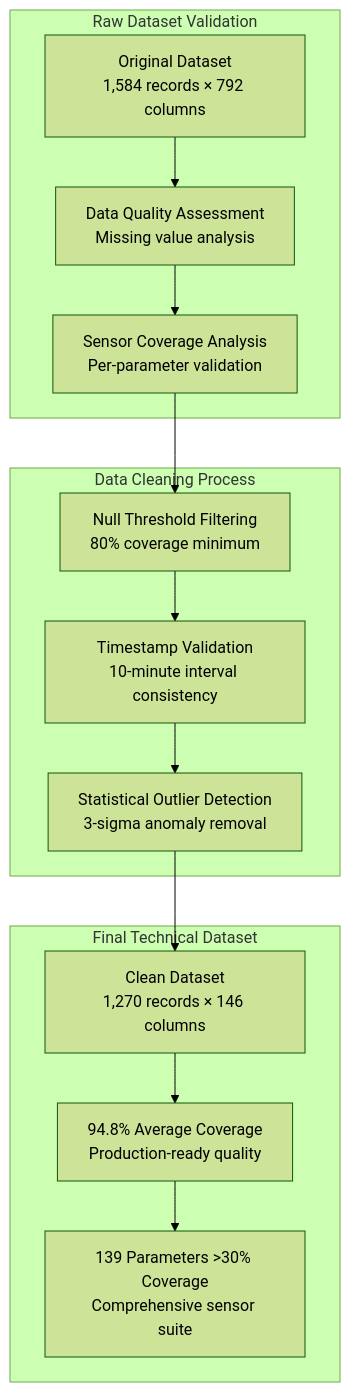
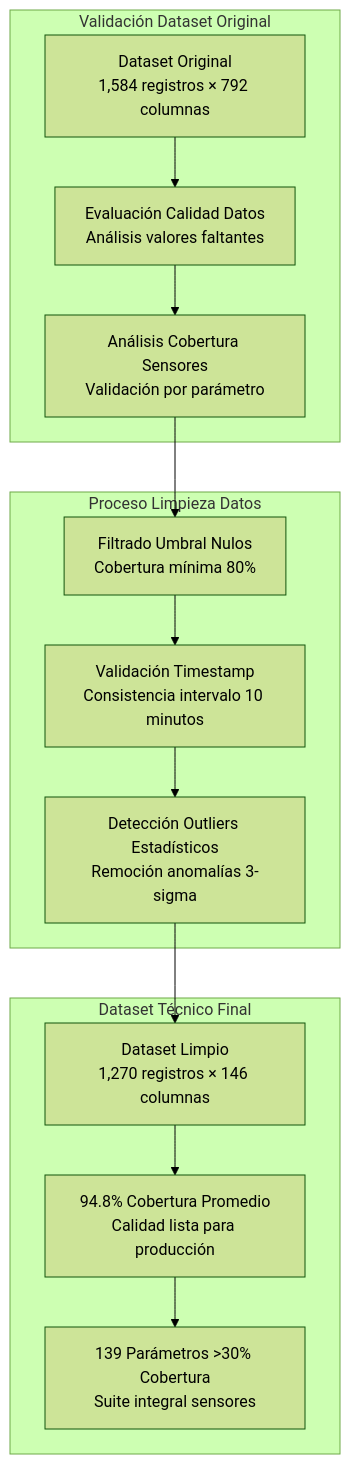
The tenth of 13 diagrams in PAE_Report.md (wonder-dmercadal/PublicReports), drawn with Mermaid (forest theme) before and after one commit. The commit also changed other lines of this file, not shown here.

````diff
--- a/PAE_Report.md
+++ b/PAE_Report.md
@@ -134,22 +134,22 @@
 ```mermaid
 graph TB
-    subgraph "Raw Dataset Validation"
-        A[Original Dataset<br/>1,584 records × 792 columns]
-        B[Data Quality Assessment<br/>Missing value analysis]
-        C[Sensor Coverage Analysis<br/>Per-parameter validation]
+    subgraph "Validación Dataset Original"
+        A[Dataset Original<br/>1,584 registros × 792 columnas]
+        B[Evaluación Calidad Datos<br/>Análisis valores faltantes]
+        C[Análisis Cobertura Sensores<br/>Validación por parámetro]
     end
     
-    subgraph "Data Cleaning Process"
-        D[Null Threshold Filtering<br/>80% coverage minimum]
-        E[Timestamp Validation<br/>10-minute interval consistency]
-        F[Statistical Outlier Detection<br/>3-sigma anomaly removal]
+    subgraph "Proceso Limpieza Datos"
+        D[Filtrado Umbral Nulos<br/>Cobertura mínima 80%]
+        E[Validación Timestamp<br/>Consistencia intervalo 10 minutos]
+        F[Detección Outliers Estadísticos<br/>Remoción anomalías 3-sigma]
     end
     
-    subgraph "Final Technical Dataset"
-        G[Clean Dataset<br/>1,270 records × 146 columns]
-        H[94.8% Average Coverage<br/>Production-ready quality]
-        I[139 Parameters >30% Coverage<br/>Comprehensive sensor suite]
+    subgraph "Dataset Técnico Final"
+        G[Dataset Limpio<br/>1,270 registros × 146 columnas]
+        H[94.8% Cobertura Promedio<br/>Calidad lista para producción]
+        I[139 Parámetros >30% Cobertura<br/>Suite integral sensores]
     end
     
     A --> B --> C --> D --> E --> F --> G --> H --> I
 ```
````
